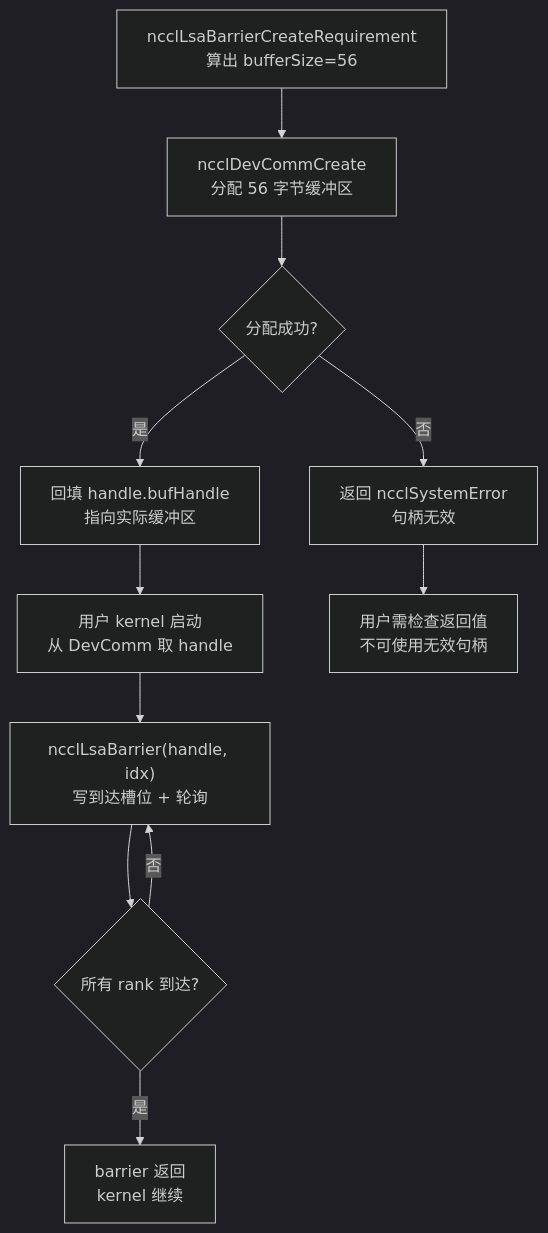
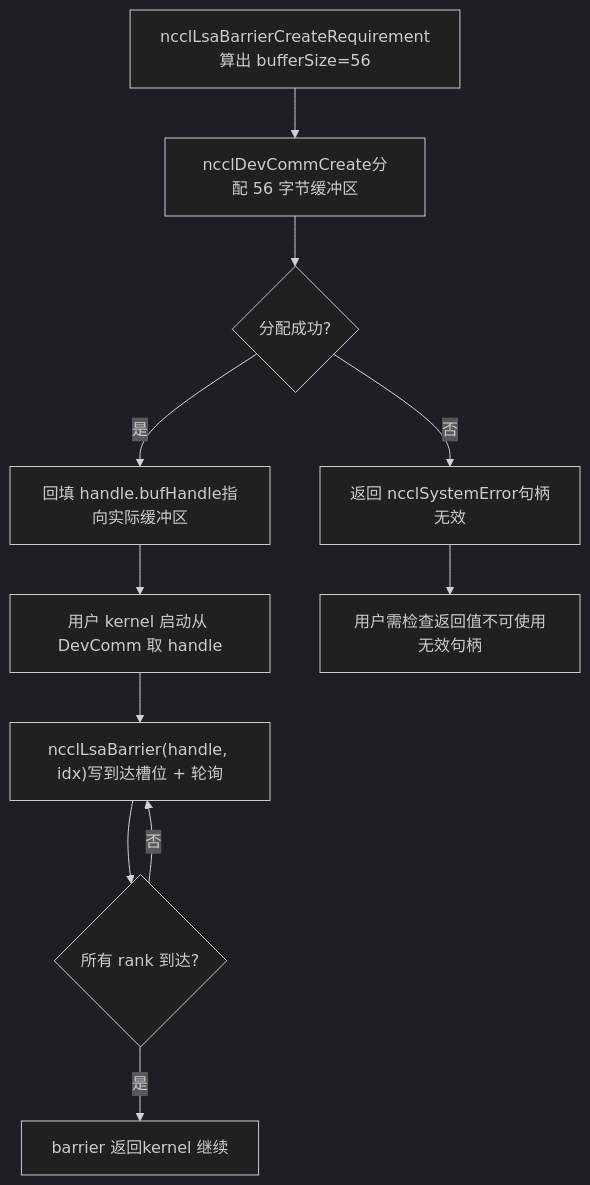
The fourth of 5 diagrams in books/nccl/en/20-device-api-and-kernel-fusion.md (maleRjc/AiReadCodeBooks), drawn with Mermaid (dark theme) before and after one commit. The commit also changed other lines of this file and 80 other files, not shown here.

````diff
--- a/books/nccl/en/20-device-api-and-kernel-fusion.md
+++ b/books/nccl/en/20-device-api-and-kernel-fusion.md
@@ -227,13 +241,13 @@
 ```mermaid
 flowchart TD
-    a["ncclLsaBarrierCreateRequirement<br/>算出 bufferSize=56"] --> b["ncclDevCommCreate<br/>分配 56 字节缓冲区"]
+    a["ncclLsaBarrierCreateRequirement算出 bufferSize=56"] --> b["ncclDevCommCreate分配 56 字节缓冲区"]
     b --> c{"分配成功?"}
-    c -->|"否"| err["返回 ncclSystemError<br/>句柄无效"]
-    c -->|"是"| d["回填 handle.bufHandle<br/>指向实际缓冲区"]
-    d --> e["用户 kernel 启动<br/>从 DevComm 取 handle"]
-    e --> f["ncclLsaBarrier(handle, idx)<br/>写到达槽位 + 轮询"]
+    c -->|"否"| err["返回 ncclSystemError句柄无效"]
+    c -->|"是"| d["回填 handle.bufHandle指向实际缓冲区"]
+    d --> e["用户 kernel 启动从 DevComm 取 handle"]
+    e --> f["ncclLsaBarrier(handle, idx)写到达槽位 + 轮询"]
     f --> g{"所有 rank 到达?"}
     g -->|"否"| f
-    g -->|"是"| h["barrier 返回<br/>kernel 继续"]
-    err --> i["用户需检查返回值<br/>不可使用无效句柄"]
+    g -->|"是"| h["barrier 返回kernel 继续"]
+    err --> i["用户需检查返回值不可使用无效句柄"]
 ```
````
